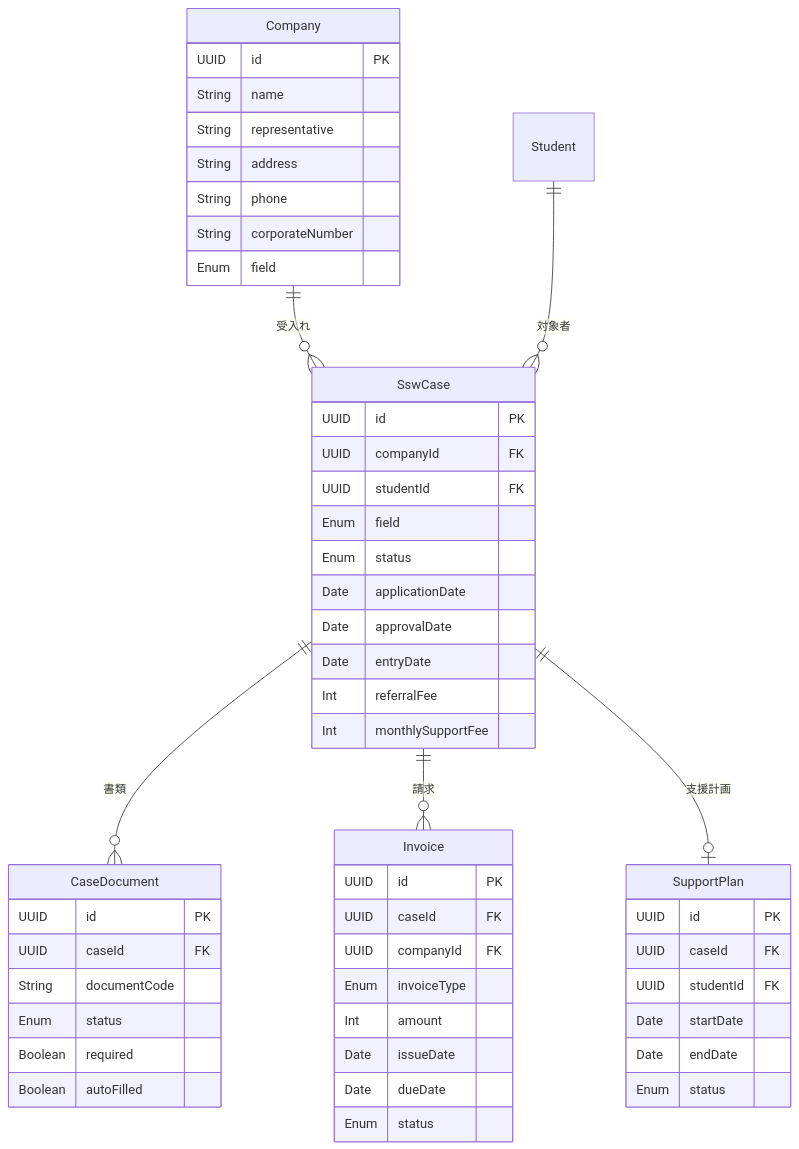
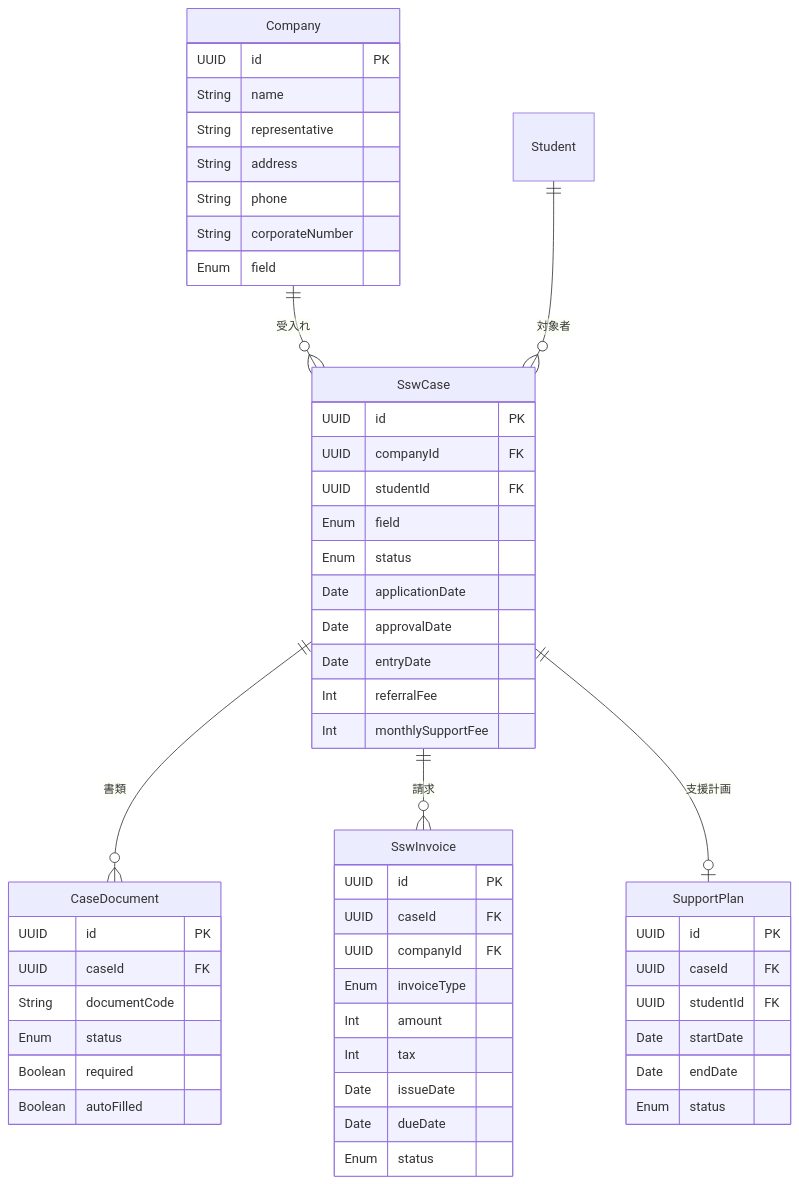
Before and after one commit to kincapy/joshinan-docs: the diagram in docs/02-system-specification/15-specified-skilled-worker/01-entity.md, drawn with Mermaid. The commit also changed other lines of this file, not shown here.

First line of the commit message:
docs: 15-ssw 仕様ドキュメントを実装に合わせて更新

````diff
--- a/docs/02-system-specification/15-specified-skilled-worker/01-entity.md
+++ b/docs/02-system-specification/15-specified-skilled-worker/01-entity.md
@@ -9,56 +9,57 @@
 ```mermaid
 erDiagram
     Company ||--o{ SswCase : "受入れ"
     Student ||--o{ SswCase : "対象者"
     SswCase ||--o{ CaseDocument : "書類"
-    SswCase ||--o{ Invoice : "請求"
+    SswCase ||--o{ SswInvoice : "請求"
     SswCase ||--o| SupportPlan : "支援計画"
 
     Company {
         UUID id PK
         String name
         String representative
         String address
         String phone
         String corporateNumber
         Enum field
     }
     SswCase {
         UUID id PK
         UUID companyId FK
         UUID studentId FK
         Enum field
         Enum status
         Date applicationDate
         Date approvalDate
         Date entryDate
         Int referralFee
         Int monthlySupportFee
     }
     CaseDocument {
         UUID id PK
         UUID caseId FK
         String documentCode
         Enum status
         Boolean required
         Boolean autoFilled
     }
     SupportPlan {
         UUID id PK
         UUID caseId FK
         UUID studentId FK
         Date startDate
         Date endDate
         Enum status
     }
-    Invoice {
+    SswInvoice {
         UUID id PK
         UUID caseId FK
         UUID companyId FK
         Enum invoiceType
         Int amount
+        Int tax
         Date issueDate
         Date dueDate
         Enum status
     }
 ```
````
